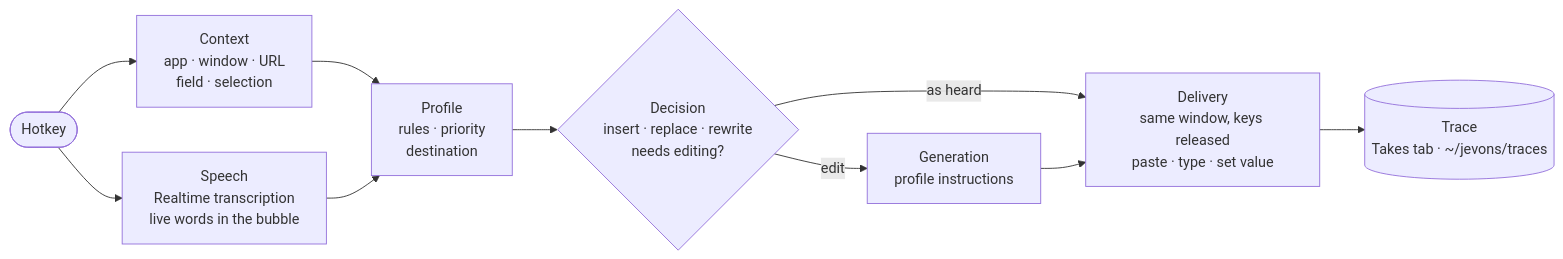
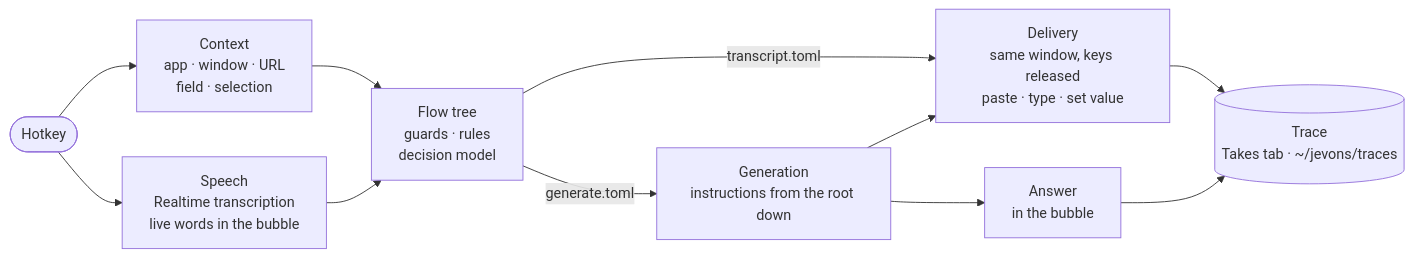
The first of 2 diagrams in README.md (zojeda/jevons-rs), drawn with Mermaid before and after one commit. The commit also changed other lines of this file and 35 other files, not shown here.

````diff
--- a/README.md
+++ b/README.md
@@ -27,12 +27,13 @@
 ```mermaid
 flowchart LR
     hotkey(["Hotkey"]) --> context["Context<br/>app · window · URL<br/>field · selection"]
     hotkey --> speech["Speech<br/>Realtime transcription<br/>live words in the bubble"]
-    context --> profile["Profile<br/>rules · priority<br/>destination"]
-    speech --> profile
-    profile --> decide{"Decision<br/>insert · replace · rewrite<br/>needs editing?"}
-    decide -- "as heard" --> deliver["Delivery<br/>same window, keys released<br/>paste · type · set value"]
-    decide -- "edit" --> generate["Generation<br/>profile instructions"]
-    generate --> deliver
+    context --> tree["Flow tree<br/>guards · rules<br/>decision model"]
+    speech --> tree
+    tree -- "generate.toml" --> generate["Generation<br/>instructions from the root down"]
+    tree -- "transcript.toml" --> deliver
+    generate --> deliver["Delivery<br/>same window, keys released<br/>paste · type · set value"]
+    generate --> bubble["Answer<br/>in the bubble"]
     deliver --> trace[("Trace<br/>Takes tab · ~/jevons/traces")]
+    bubble --> trace
 ```
````
